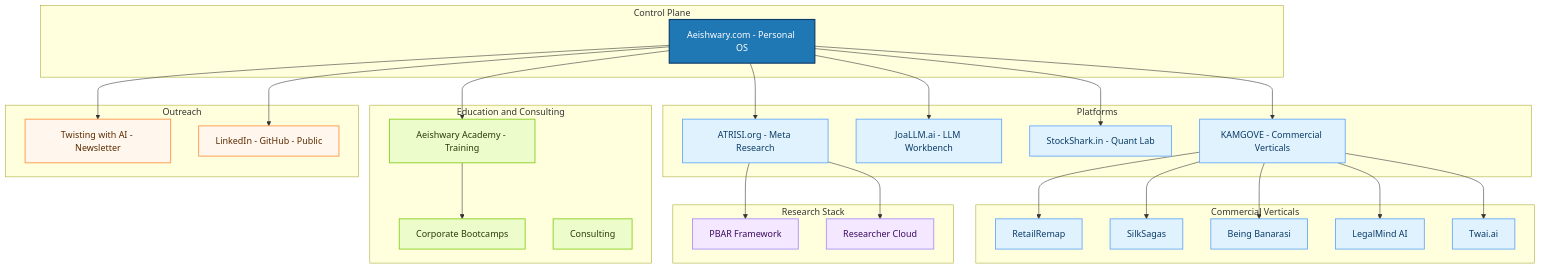
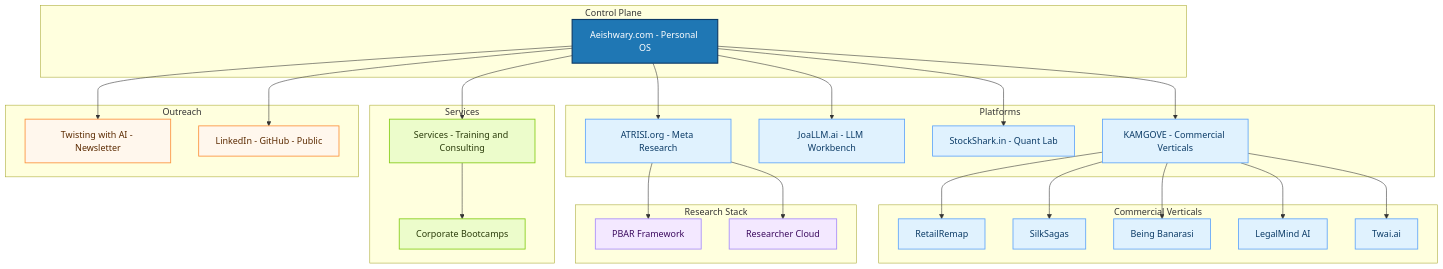
One commit to aeishwarymishra/portfolio changed the first of 2 diagrams in ecosystem.md. Above: the diagram before and after it, drawn with Mermaid. The commit also changed other lines of this file, not shown here.

````diff
--- a/ecosystem.md
+++ b/ecosystem.md
@@ -76,81 +4,81 @@
 ```mermaid
 graph TD
 
 %% ================== LAYOUT ==================
 %% Top: Control Plane -> Middle: Platforms/Education -> Bottom: Outreach/Research Stack
 
 %% ---------- Control Plane ----------
 subgraph CP[Control Plane]
   A[Aeishwary.com - Personal OS]
 end
 
 %% ---------- Platforms ----------
 subgraph PL[Platforms]
   B[ATRISI.org - Meta Research]
   D[JoaLLM.ai - LLM Workbench]
   E[StockShark.in - Quant Lab]
   F[KAMGOVE - Commercial Verticals]
 end
 
 %% ---------- KAMGOVE Ventures ----------
 subgraph KV[Commercial Verticals]
   V1[RetailRemap]
   V2[SilkSagas]
   V3[Being Banarasi]
   V4[LegalMind AI]
   V5[Twai.ai]
 end
 
 %% ---------- Education ----------
-subgraph ED[Education and Consulting]
-  C[Aeishwary Academy - Training]
+subgraph ED[Services]
+  C[Services - Training and Consulting]
   K[Corporate Bootcamps]
-  L[Consulting]
 end
 
 %% ---------- Outreach ----------
 subgraph OC[Outreach]
   G[Twisting with AI - Newsletter]
   H[LinkedIn - GitHub - Public]
 end
 
 %% ---------- Research Stack ----------
 subgraph RS[Research Stack]
   I[PBAR Framework]
   J[Researcher Cloud]
 end
 
 %% ================== EDGES ==================
 A --> B
 A --> C
 A --> D
 A --> E
 A --> F
 A --> G
 A --> H
 
 B --> I
 B --> J
 C --> K
 
+
 %% KAMGOVE fan-out
 F --> V1
 F --> V2
 F --> V3
 F --> V4
 F --> V5
 
 %% ================== STYLES ==================
 classDef core fill:#1f77b4,color:#ffffff,stroke:#0d3a66,stroke-width:2px;
 classDef product fill:#e0f2fe,color:#0b3b66,stroke:#60a5fa,stroke-width:1.5px;
 classDef edu fill:#ecfccb,color:#2a3b0a,stroke:#84cc16,stroke-width:1.5px;
 classDef outreach fill:#fff7ed,color:#5b2a00,stroke:#fb923c,stroke-width:1.5px;
 classDef research fill:#f3e8ff,color:#3b0a5e,stroke:#a78bfa,stroke-width:1.5px;
 
 class A core;
 class B,D,E,F product;
 class V1,V2,V3,V4,V5 product;
 class C,K,L edu;
 class G,H outreach;
 class I,J research;
 ```
````
